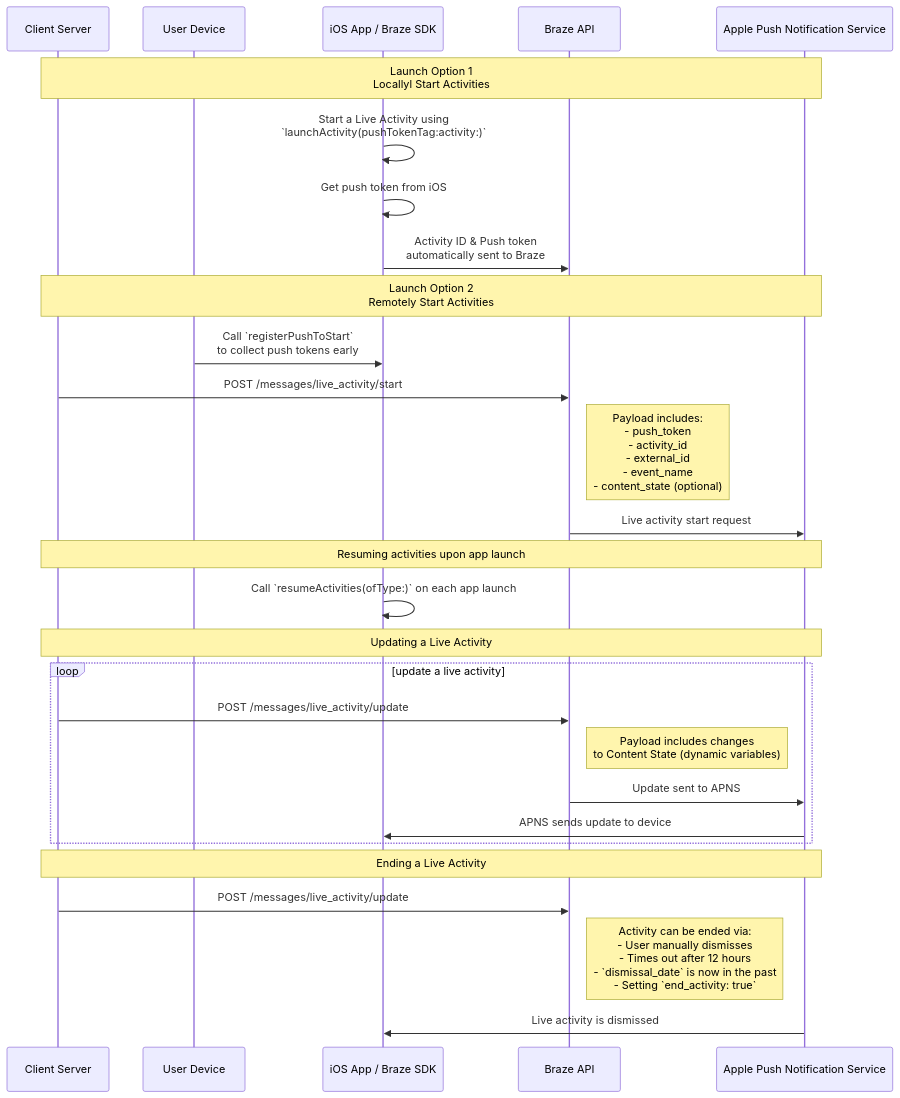
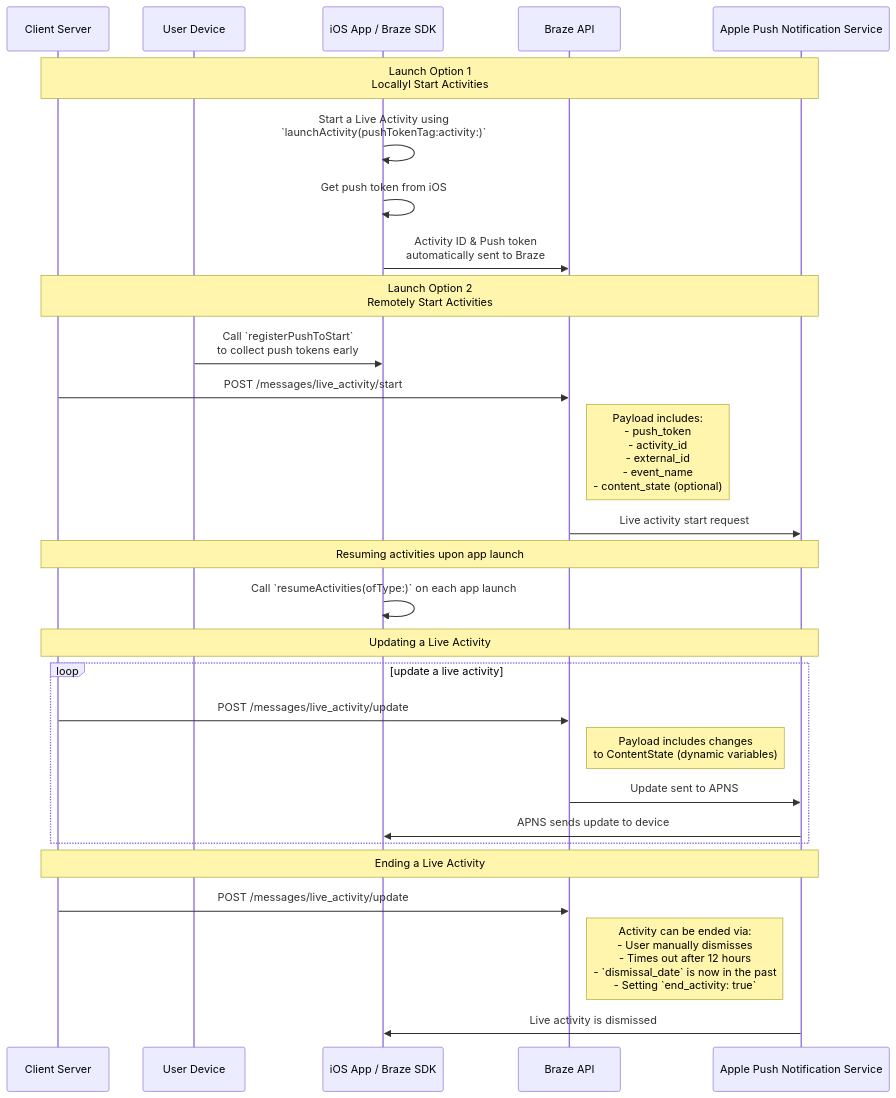
Before and after one commit to braze-inc/braze-docs: the diagram in _docs/_developer_guide/platforms/swift/live_activities.md, drawn with Mermaid.

````diff
--- a/_docs/_developer_guide/platforms/swift/live_activities.md
+++ b/_docs/_developer_guide/platforms/swift/live_activities.md
@@ -41,34 +41,34 @@
 ```mermaid
 ---
 config:
   theme: mc
 ---
 sequenceDiagram
   participant Server as Client Server
   participant Device as User Device
   participant App as iOS App / Braze SDK
   participant BrazeAPI as Braze API
   participant APNS as Apple Push Notification Service
   Note over Server, APNS: Launch Option 1<br/>Locallyl Start Activities
   App ->> App: Start a Live Activity using <br>`launchActivity(pushTokenTag:activity:)`
   App ->> App: Get push token from iOS
   App ->> BrazeAPI: Activity ID & Push token<br>automatically sent to Braze
   Note over Server, APNS: Launch Option 2<br/>Remotely Start Activities
   Device ->> App: Call `registerPushToStart`<br>to collect push tokens early
   Server ->> BrazeAPI: POST /messages/live_activity/start
   Note right of BrazeAPI: Payload includes:<br>- push_token<br>- activity_id<br>- external_id<br>- event_name<br>- content_state (optional)
   BrazeAPI ->> APNS: Live activity start request
   Note over Server, APNS: Resuming activities upon app launch
   App ->> App: Call `resumeActivities(ofType:)` on each app launch
   Note over Server, APNS: Updating a Live Activity
   loop update a live activity
   Server ->> BrazeAPI: POST /messages/live_activity/update
-  Note right of BrazeAPI: Payload includes changes<br>to Content State (dynamic variables)
+  Note right of BrazeAPI: Payload includes changes<br>to ContentState (dynamic variables)
   BrazeAPI ->> APNS: Update sent to APNS
   APNS ->> App: APNS sends update to device
   end
   Note over Server, APNS: Ending a Live Activity
   Server ->> BrazeAPI: POST /messages/live_activity/update
   Note right of BrazeAPI: Activity can be ended via:<br> - User manually dismisses<br>- Times out after 12 hours<br>- `dismissal_date` is now in the past<br>- Setting `end_activity: true`
   APNS ->> App: Live activity is dismissed
 ```
````
